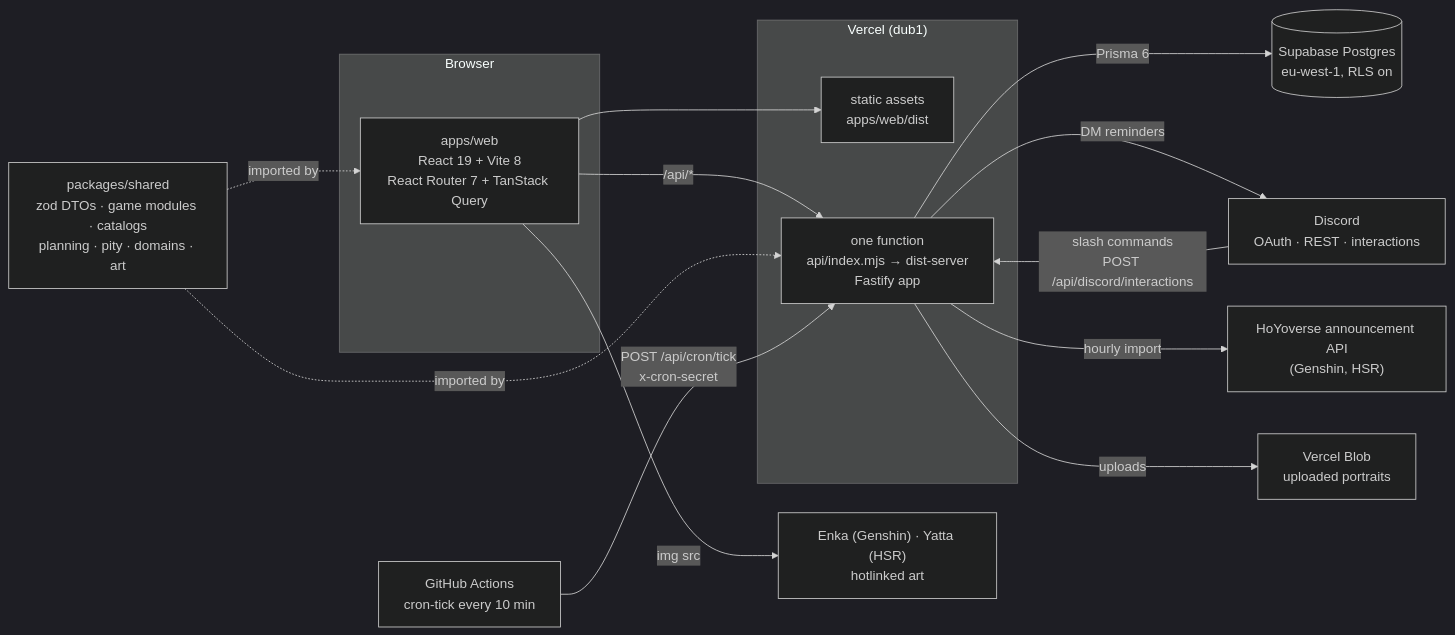
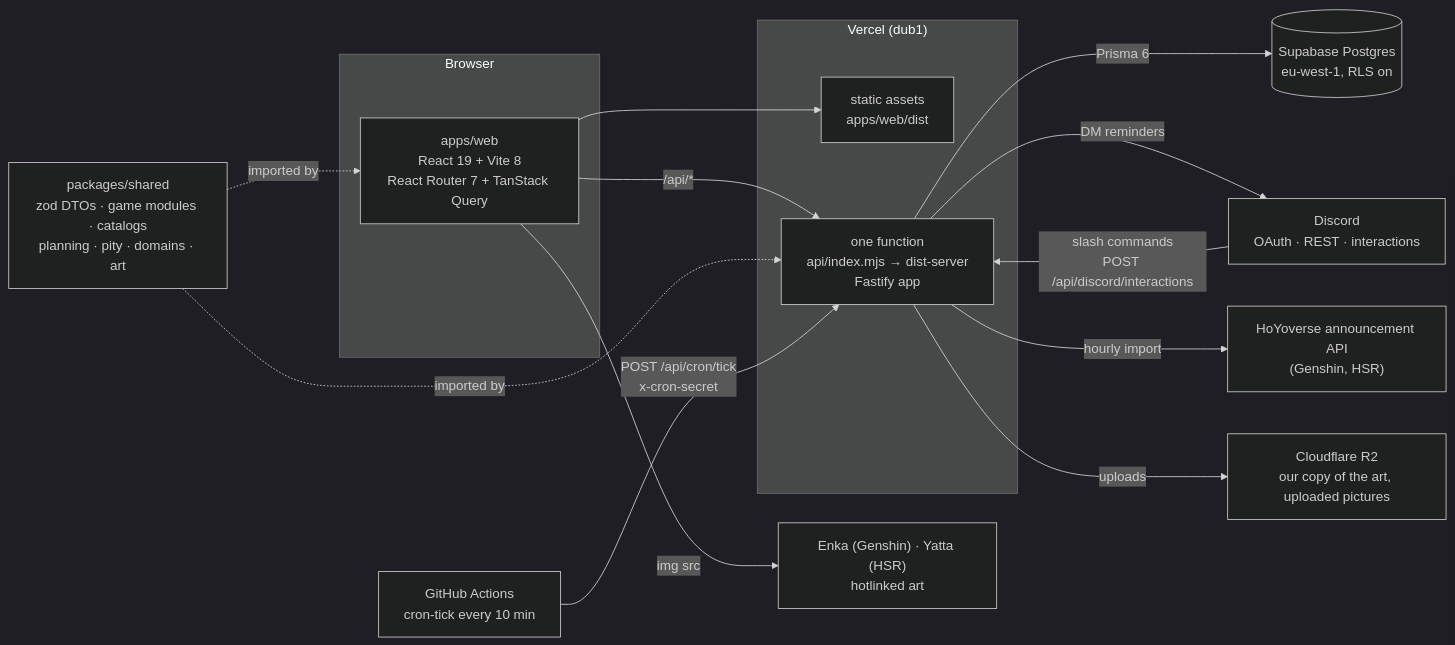
One commit to adam-riffi/gacha-hub changed the first of 6 diagrams in docs/PROJECT-GUIDE.md. Above: the diagram before and after it, drawn with Mermaid (dark theme). The commit also changed other lines of this file and 6 other files, not shown here.

````diff
--- a/docs/PROJECT-GUIDE.md
+++ b/docs/PROJECT-GUIDE.md
@@ -110,29 +110,29 @@
 ```mermaid
 flowchart LR
   subgraph Browser
     W["apps/web<br/>React 19 + Vite 8<br/>React Router 7 + TanStack Query"]
   end
   subgraph Vercel["Vercel (dub1)"]
     STATIC["static assets<br/>apps/web/dist"]
     F["one function<br/>api/index.mjs → dist-server<br/>Fastify app"]
   end
   S["packages/shared<br/>zod DTOs · game modules · catalogs<br/>planning · pity · domains · art"]
   DB[("Supabase Postgres<br/>eu-west-1, RLS on")]
   GH["GitHub Actions<br/>cron-tick every 10 min"]
   DC["Discord<br/>OAuth · REST · interactions"]
   HOYO["HoYoverse announcement API<br/>(Genshin, HSR)"]
   ART["Enka (Genshin) · Yatta (HSR)<br/>hotlinked art"]
-  BLOB["Vercel Blob<br/>uploaded portraits"]
+  BLOB["Cloudflare R2<br/>our copy of the art, uploaded pictures"]
 
   W -- "/api/*" --> F
   W --> STATIC
   S -. imported by .-> W
   S -. imported by .-> F
   F -- Prisma 6 --> DB
   GH -- "POST /api/cron/tick<br/>x-cron-secret" --> F
   F -- "DM reminders" --> DC
   DC -- "slash commands<br/>POST /api/discord/interactions" --> F
   F -- "hourly import" --> HOYO
   W -- "img src" --> ART
   F -- uploads --> BLOB
 ```
````
